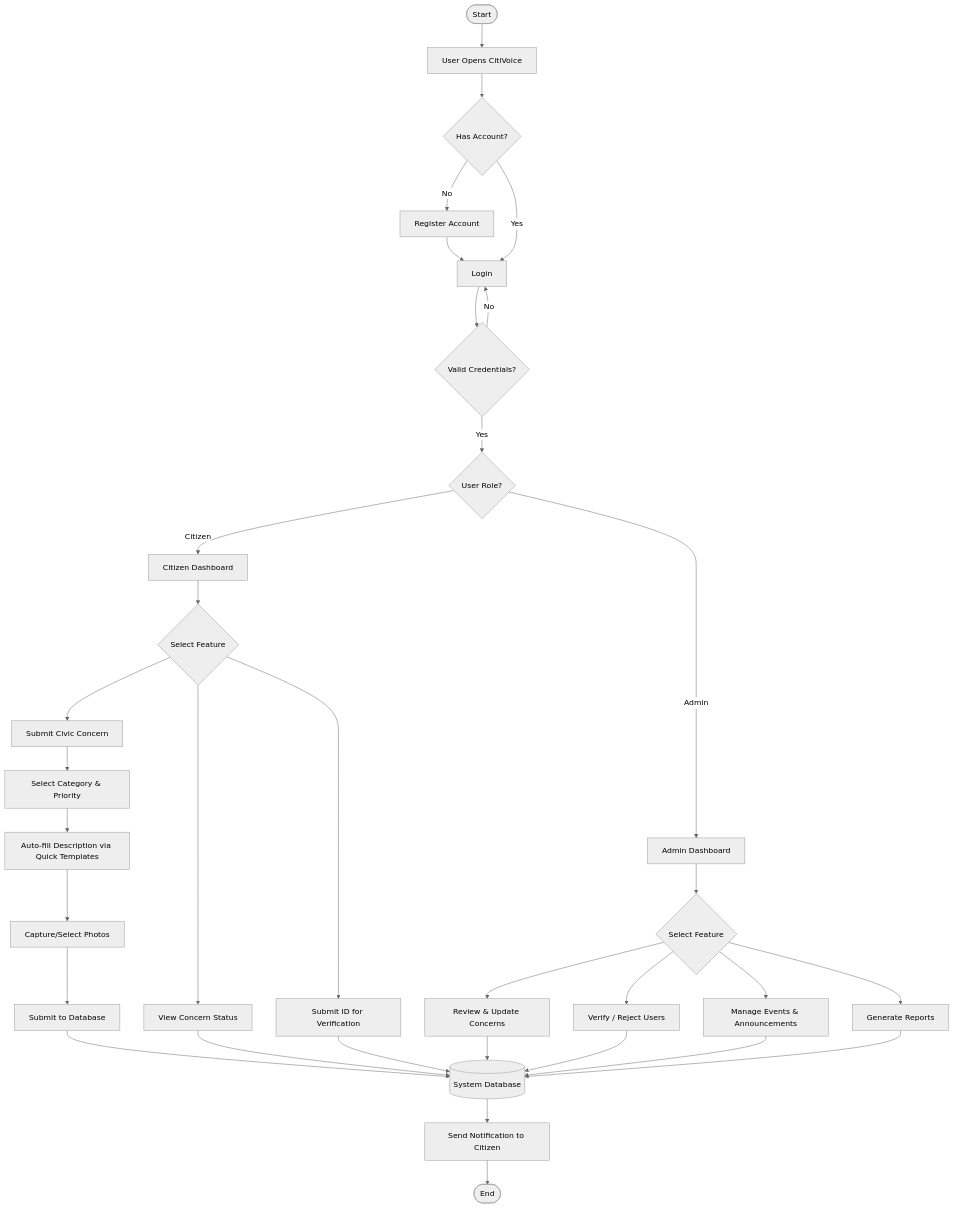
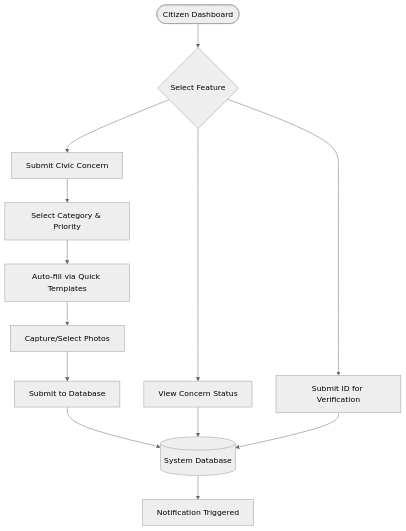
The seventh of 10 diagrams in diagrams.md (palingubaerwin029-ai/citivoice), drawn with Mermaid (neutral theme) before and after one commit. The commit also changed other lines of this file and 10 other files, not shown here.

````diff
--- a/diagrams.md
+++ b/diagrams.md
@@ -331,43 +355,19 @@
 ```mermaid
 flowchart TD
-    Start([Start]) --> OpenApp[User Opens CitiVoice]
-    OpenApp --> HasAccount{Has Account?}
-
-    HasAccount -- No --> Register[Register Account]
-    Register --> Login
-    HasAccount -- Yes --> Login[Login]
-
-    Login --> AuthCheck{Valid Credentials?}
-    AuthCheck -- No --> Login
-    AuthCheck -- Yes --> CheckRole{User Role?}
-
-    CheckRole -- Citizen --> CitizenHome[Citizen Dashboard]
-    CheckRole -- Admin --> AdminHome[Admin Dashboard]
-
-    CitizenHome --> CitizenAction{Select Feature}
+    CitizenHome([Citizen Dashboard]) --> CitizenAction{Select Feature}
+    
     CitizenAction --> SubmitConcern[Submit Civic Concern]
     SubmitConcern --> Selection[Select Category & Priority]
-    Selection --> AutoFill[Auto-fill Description via Quick Templates]
+    Selection --> AutoFill[Auto-fill via Quick Templates]
     AutoFill --> Capture[Capture/Select Photos]
     Capture --> PostToDB[Submit to Database]
+    
     CitizenAction --> ViewStatus[View Concern Status]
     CitizenAction --> VerifyID[Submit ID for Verification]
 
     PostToDB --> DB[(System Database)]
     ViewStatus --> DB
     VerifyID --> DB
 
-    AdminHome --> AdminAction{Select Feature}
-    AdminAction --> ManageConcerns[Review & Update Concerns]
-    AdminAction --> VerifyUsers[Verify / Reject Users]
-    AdminAction --> ManageContent[Manage Events & Announcements]
-    AdminAction --> ViewReports[Generate Reports]
-
-    ManageConcerns --> DB
-    VerifyUsers --> DB
-    ManageContent --> DB
-    ViewReports --> DB
-
-    DB --> Notify[Send Notification to Citizen]
-    Notify --> End([End])
+    DB --> Notify[Notification Triggered]
 ```
````
